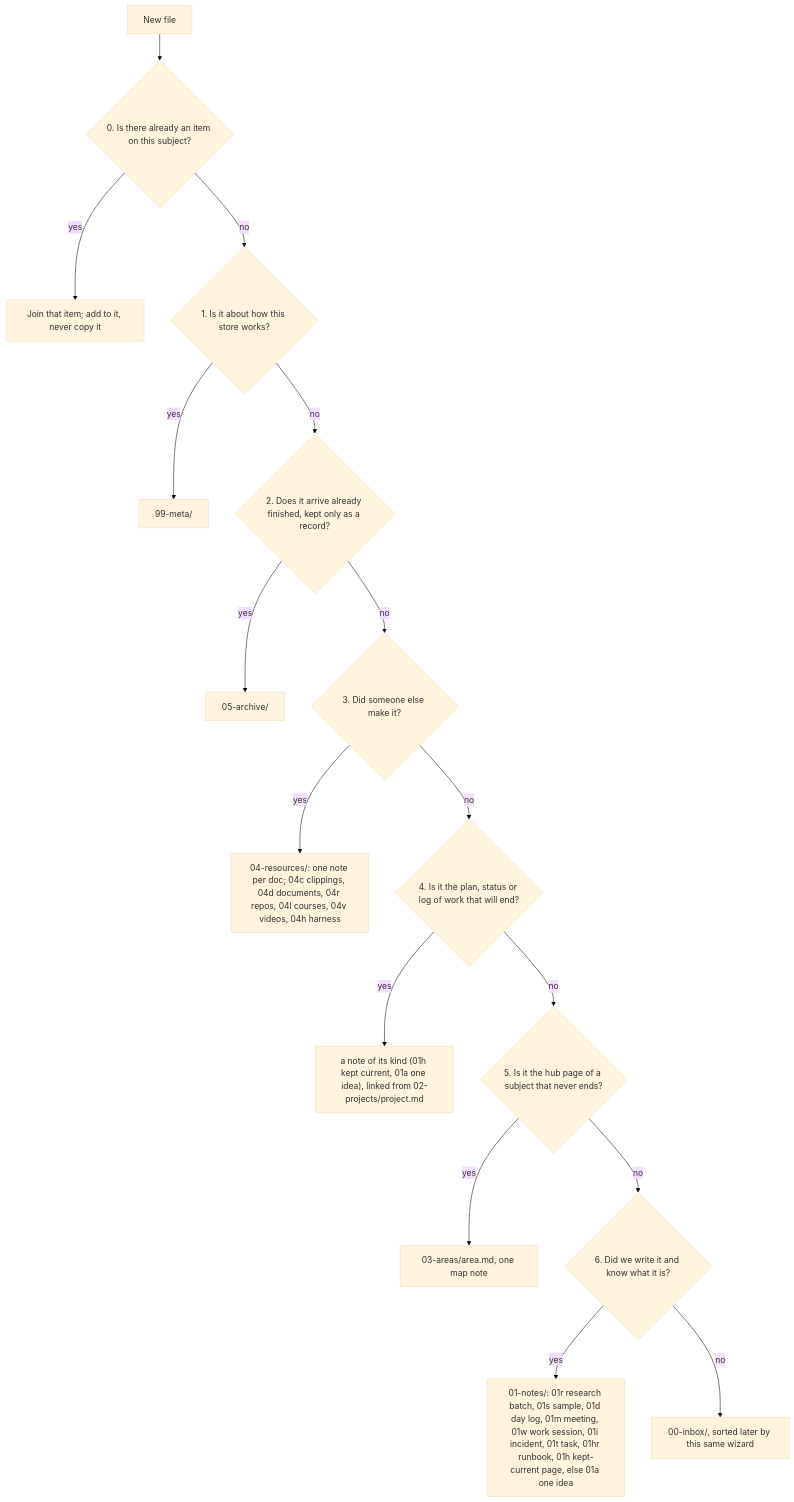
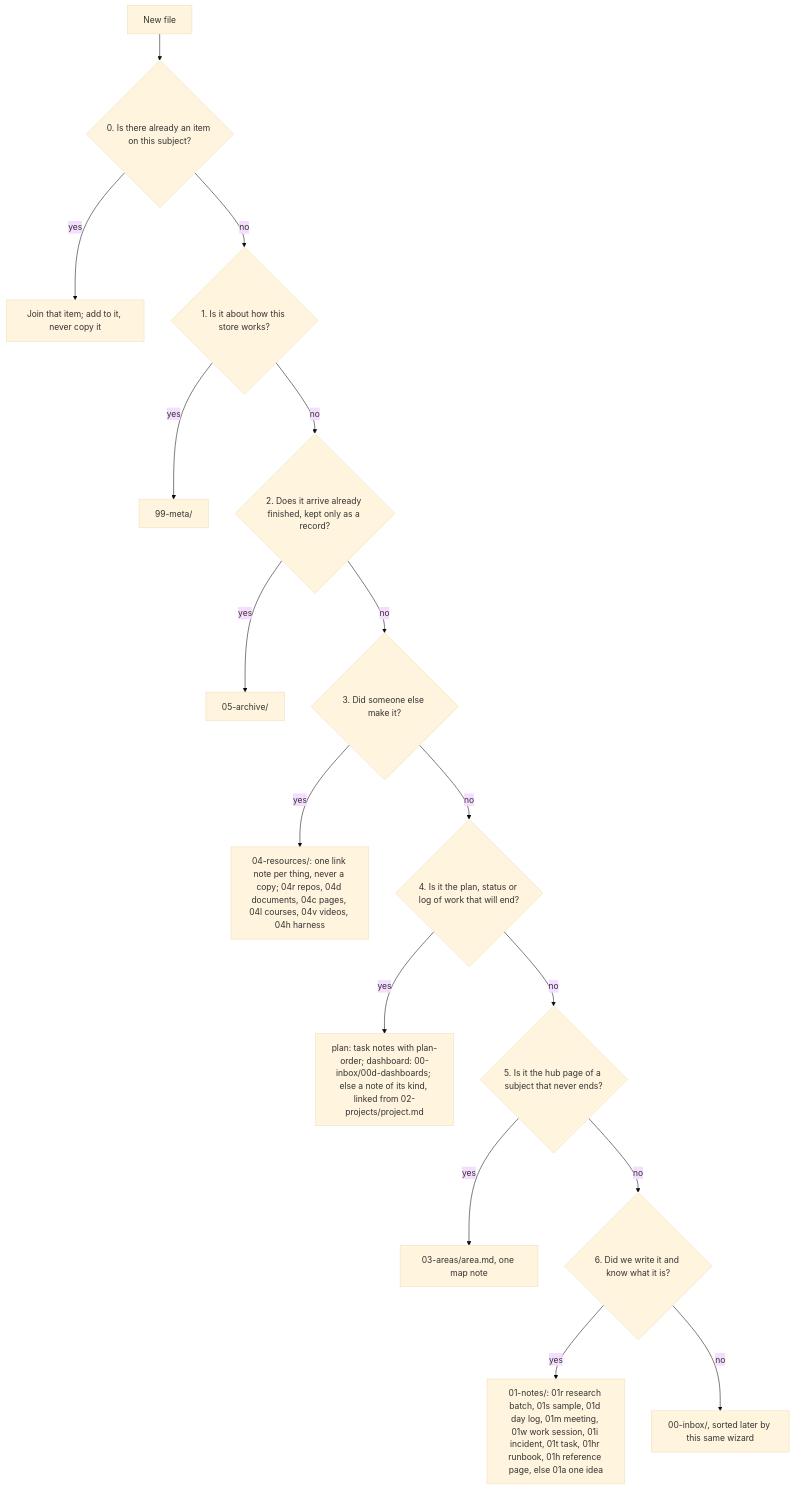
The diagram in skills/organize-repository/references/knowledge-store.md (jonhill90/skills), drawn with Mermaid (base theme) before and after one commit. The commit also changed other lines of this file and 2 other files, not shown here.

````diff
--- a/skills/organize-repository/references/knowledge-store.md
+++ b/skills/organize-repository/references/knowledge-store.md
@@ -112,18 +113,18 @@
 ```mermaid
 flowchart TD
   S["New file"] --> Q0{"0. Is there already an item on this subject?"}
   Q0 -->|"yes"| J["Join that item; add to it, never copy it"]
   Q0 -->|"no"| Q1{"1. Is it about how this store works?"}
   Q1 -->|"yes"| M["99-meta/"]
   Q1 -->|"no"| Q2{"2. Does it arrive already finished, kept only as a record?"}
   Q2 -->|"yes"| AR["05-archive/"]
   Q2 -->|"no"| Q3{"3. Did someone else make it?"}
-  Q3 -->|"yes"| RS["04-resources/: one note per doc; 04c clippings, 04d documents, 04r repos, 04l courses, 04v videos, 04h harness"]
+  Q3 -->|"yes"| RS["04-resources/: one link note per thing, never a copy; 04r repos, 04d documents, 04c pages, 04l courses, 04v videos, 04h harness"]
   Q3 -->|"no"| Q4{"4. Is it the plan, status or log of work that will end?"}
-  Q4 -->|"yes"| PR["a note of its kind (01h kept current, 01a one idea), linked from 02-projects/project.md"]
+  Q4 -->|"yes"| PR["plan: task notes with plan-order; dashboard: 00-inbox/00d-dashboards; else a note of its kind, linked from 02-projects/project.md"]
   Q4 -->|"no"| Q5{"5. Is it the hub page of a subject that never ends?"}
   Q5 -->|"yes"| AA["03-areas/area.md, one map note"]
   Q5 -->|"no"| Q6{"6. Did we write it and know what it is?"}
-  Q6 -->|"yes"| NO["01-notes/: 01r research batch, 01s sample, 01d day log, 01m meeting, 01w work session, 01i incident, 01t task, 01hr runbook, 01h kept-current page, else 01a one idea"]
+  Q6 -->|"yes"| NO["01-notes/: 01r research batch, 01s sample, 01d day log, 01m meeting, 01w work session, 01i incident, 01t task, 01hr runbook, 01h reference page, else 01a one idea"]
   Q6 -->|"no"| IN["00-inbox/, sorted later by this same wizard"]
 ```
````
